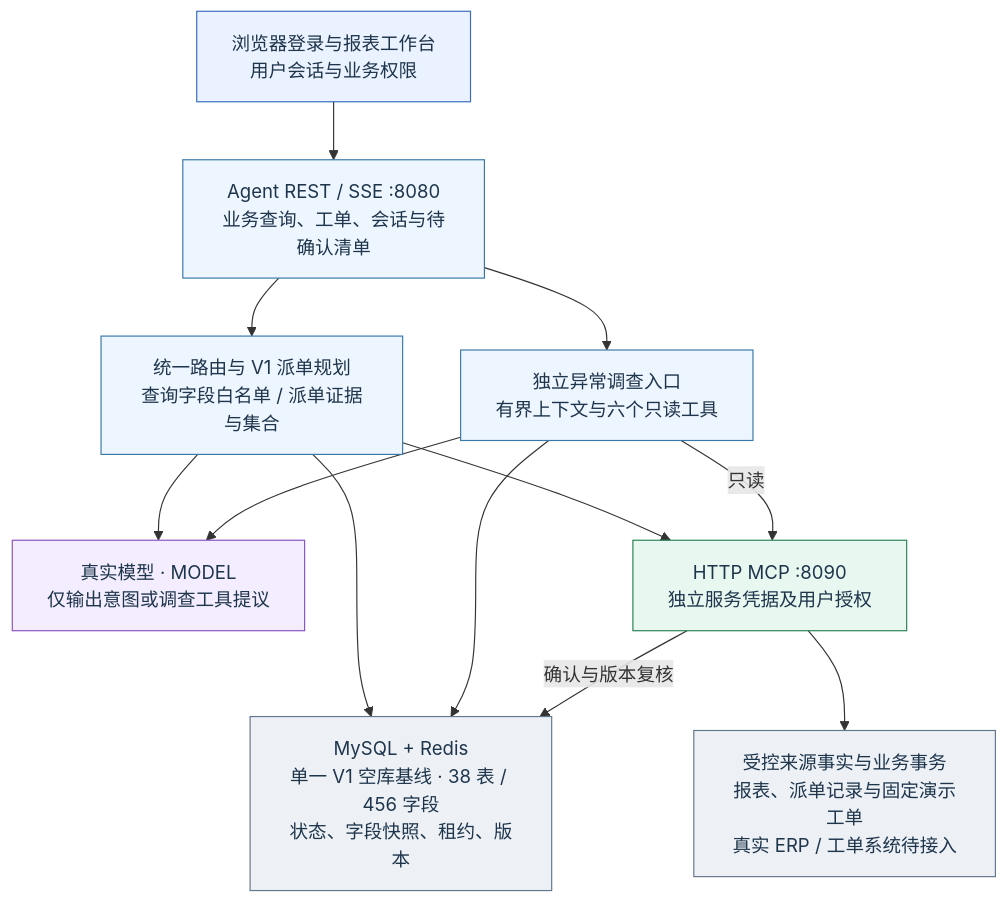
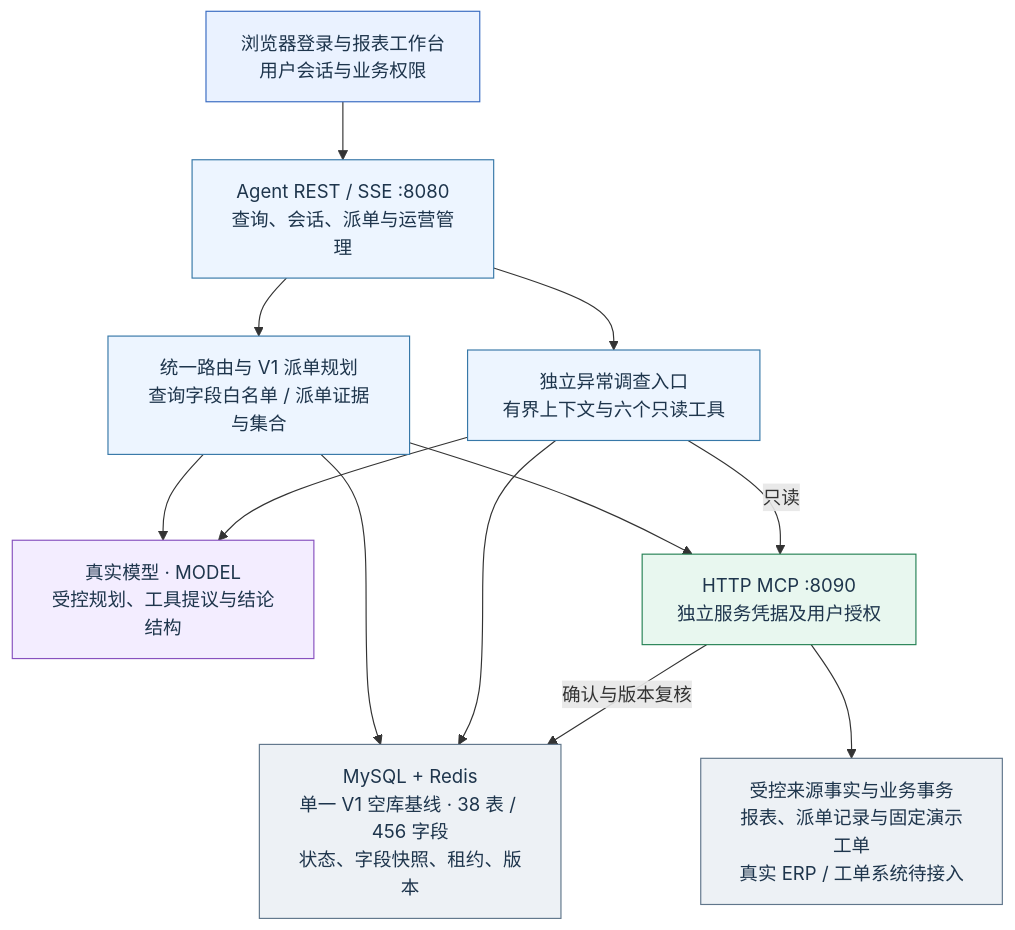
The diagram in docs/diagrams/demo-final/01.mmd (QSZJAVA/agent_demo), drawn with Mermaid before and after one commit. The commit also changed 62 other files, not shown here.

```diff
--- a/docs/diagrams/demo-final/01.mmd
+++ b/docs/diagrams/demo-final/01.mmd
@@ -1,27 +1,27 @@
 flowchart TD
   ui["浏览器登录与报表工作台<br/>用户会话与业务权限"]:::ui
-  api["Agent REST / SSE :8080<br/>业务查询、工单、会话与待确认清单"]:::agent
-  model["真实模型 · MODEL<br/>仅输出意图或调查工具提议"]:::model
+  api["Agent REST / SSE :8080<br/>查询、会话、派单与运营管理"]:::agent
+  model["真实模型 · MODEL<br/>受控规划、工具提议与结论结构"]:::model
   semantic["统一路由与 V1 派单规划<br/>查询字段白名单 / 派单证据与集合"]:::agent
   investigate["独立异常调查入口<br/>有界上下文与六个只读工具"]:::agent
   state["MySQL + Redis<br/>单一 V1 空库基线 · 38 表 / 456 字段<br/>状态、字段快照、租约、版本"]:::store
   mcp["HTTP MCP :8090<br/>独立服务凭据及用户授权"]:::business
   source["受控来源事实与业务事务<br/>报表、派单记录与固定演示工单<br/>真实 ERP / 工单系统待接入"]:::store
   ui --> api
   api --> semantic
   api --> investigate
   semantic --> model
   investigate --> model
   semantic --> state
   investigate --> state
   semantic --> mcp
   investigate -->|"只读"| mcp
   mcp --> source
   mcp -->|"确认与版本复核"| state
   classDef ui fill:#eaf2ff,stroke:#386bc1,color:#1e354c
   classDef agent fill:#edf5ff,stroke:#3778a8,color:#1e354c
   classDef model fill:#f3edff,stroke:#8751bf,color:#1e354c
   classDef business fill:#e8f7ef,stroke:#268255,color:#1e354c
   classDef guard fill:#fff4dc,stroke:#b58022,color:#1e354c
   classDef error fill:#fff0ef,stroke:#ba534e,color:#1e354c
   classDef store fill:#edf1f5,stroke:#60768b,color:#1e354c
```
